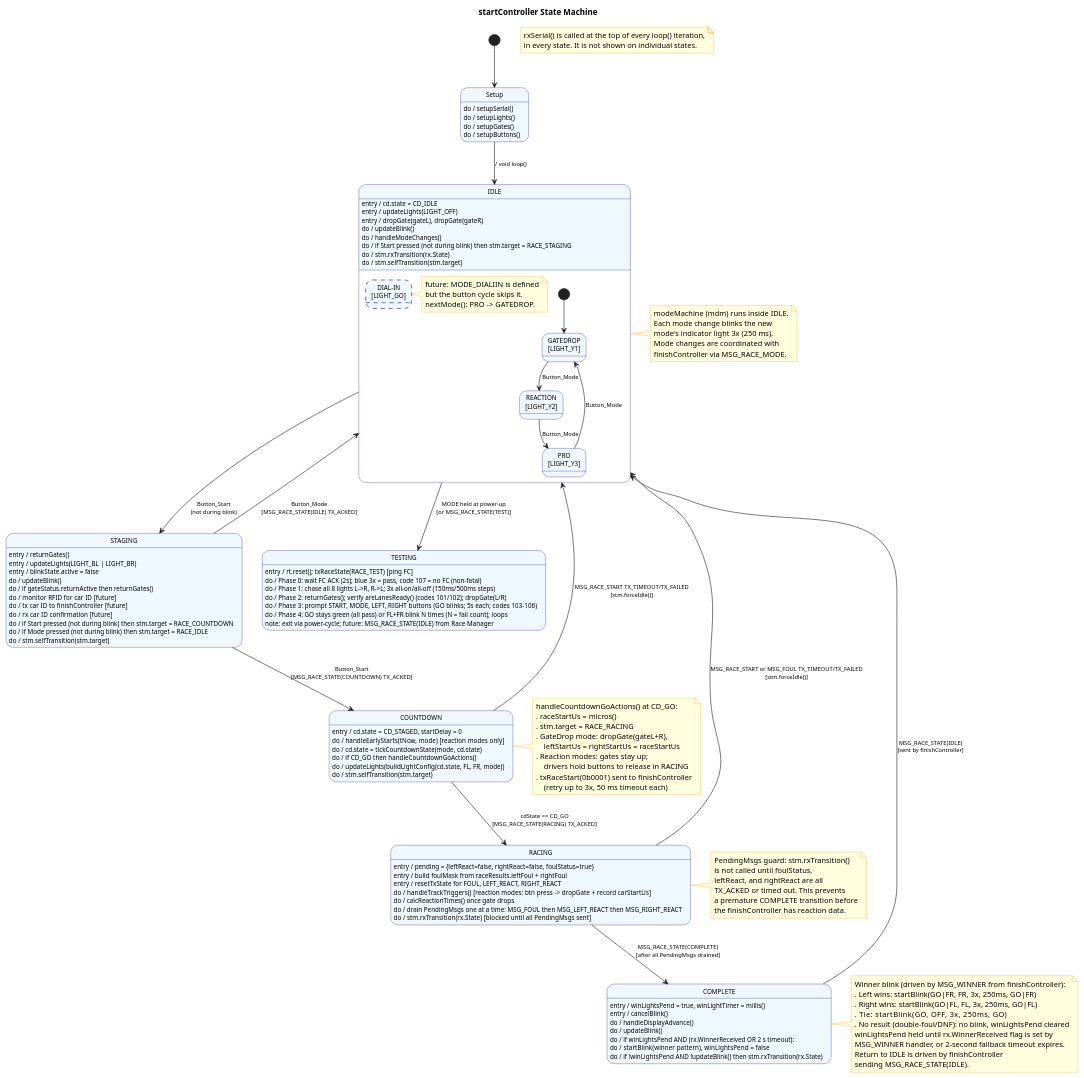
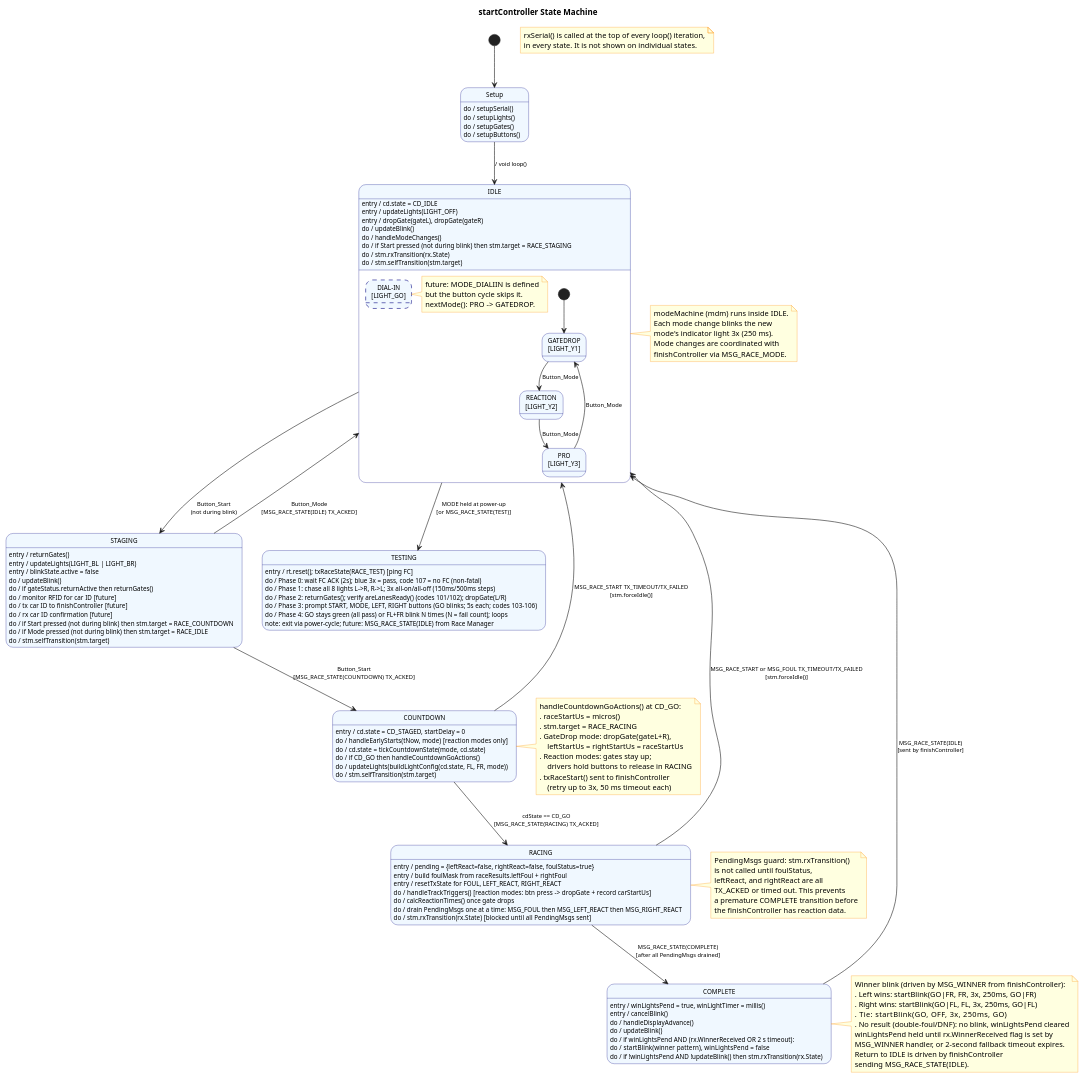
Before and after one commit to dgschaaf/DerbyTimer: the diagram in docs/PlantUML/stm_startController.puml, drawn with PlantUML. The commit also changed 8 other files, not shown here.

```diff
--- a/docs/PlantUML/stm_startController.puml
+++ b/docs/PlantUML/stm_startController.puml
@@ -1,189 +1,189 @@
 @startuml startController_STM
 skinparam state {
   BackgroundColor AliceBlue
   BorderColor Navy
   FontSize 11
   ArrowFontSize 10
 }
 skinparam noteBackgroundColor LightYellow
 skinparam noteBorderColor DarkOrange
 
 title startController State Machine
 
 note as N_RX
   rxSerial() is called at the top of every loop() iteration,
   in every state. It is not shown on individual states.
 end note
 
 [*] --> Setup
 
 ' ============================================================
 ' SETUP
 ' ============================================================
 state "Setup" as Setup {
   Setup : do / setupSerial()
   Setup : do / setupLights()
   Setup : do / setupGates()
   Setup : do / setupButtons()
 }
 
 Setup --> IDLE : / void loop()
 
 ' ============================================================
 ' IDLE  (composite: raceMode sub-states managed by modeMachine)
 ' ============================================================
 state "IDLE" as IDLE {
   IDLE : entry / cd.state = CD_IDLE
   IDLE : entry / updateLights(LIGHT_OFF)
   IDLE : entry / dropGate(gateL), dropGate(gateR)
   IDLE : do / updateBlink()
   IDLE : do / handleModeChanges()
   IDLE : do / if Start pressed (not during blink) then stm.target = RACE_STAGING
   IDLE : do / stm.rxTransition(rx.State)
   IDLE : do / stm.selfTransition(stm.target)
 
   state "GATEDROP\n[LIGHT_Y1]" as M_GD
   state "REACTION\n[LIGHT_Y2]"  as M_RE
   state "PRO\n[LIGHT_Y3]"       as M_PR
   state "DIAL-IN\n[LIGHT_GO]"   as M_DI #line.dashed
 
   note right of M_DI
     future: MODE_DIALIIN is defined
     but the button cycle skips it.
     nextMode(): PRO -> GATEDROP.
   end note
 
   [*]   --> M_GD
   M_GD --> M_RE : Button_Mode
   M_RE --> M_PR : Button_Mode
   M_PR --> M_GD : Button_Mode
 }
 
 note right of IDLE
   modeMachine (mdm) runs inside IDLE.
   Each mode change blinks the new
   mode's indicator light 3x (250 ms).
   Mode changes are coordinated with
   finishController via MSG_RACE_MODE.
 end note
 
 ' ============================================================
 ' STAGING
 ' ============================================================
 state "STAGING" as STAGING {
   STAGING : entry / returnGates()
   STAGING : entry / updateLights(LIGHT_BL | LIGHT_BR)
   STAGING : entry / blinkState.active = false
   STAGING : do / updateBlink()
   STAGING : do / if gateStatus.returnActive then returnGates()
   STAGING : do / monitor RFID for car ID  [future]
   STAGING : do / tx car ID to finishController  [future]
   STAGING : do / rx car ID confirmation  [future]
   STAGING : do / if Start pressed (not during blink) then stm.target = RACE_COUNTDOWN
   STAGING : do / if Mode pressed (not during blink) then stm.target = RACE_IDLE
   STAGING : do / stm.selfTransition(stm.target)
 }
 
 ' ============================================================
 ' COUNTDOWN
 ' ============================================================
 state "COUNTDOWN" as COUNTDOWN {
   COUNTDOWN : entry / cd.state = CD_STAGED, startDelay = 0
   COUNTDOWN : do / handleEarlyStarts(tNow, mode)  [reaction modes only]
   COUNTDOWN : do / cd.state = tickCountdownState(mode, cd.state)
   COUNTDOWN : do / if CD_GO then handleCountdownGoActions()
   COUNTDOWN : do / updateLights(buildLightConfig(cd.state, FL, FR, mode))
   COUNTDOWN : do / stm.selfTransition(stm.target)
 }
 
 note right of COUNTDOWN
   handleCountdownGoActions() at CD_GO:
   . raceStartUs = micros()
   . stm.target = RACE_RACING
   . GateDrop mode: dropGate(gateL+R),
       leftStartUs = rightStartUs = raceStartUs
   . Reaction modes: gates stay up;
       drivers hold buttons to release in RACING
-  . txRaceStart(0b0001) sent to finishController
+  . txRaceStart() sent to finishController
       (retry up to 3x, 50 ms timeout each)
 end note
 
 ' ============================================================
 ' RACING
 ' ============================================================
 state "RACING" as RACING {
   RACING : entry / pending = {leftReact=false, rightReact=false, foulStatus=true}
   RACING : entry / build foulMask from raceResults.leftFoul + rightFoul
   RACING : entry / resetTxState for FOUL, LEFT_REACT, RIGHT_REACT
   RACING : do / handleTrackTriggers()  [reaction modes: btn press -> dropGate + record carStartUs]
   RACING : do / calcReactionTimes() once gate drops
   RACING : do / drain PendingMsgs one at a time: MSG_FOUL then MSG_LEFT_REACT then MSG_RIGHT_REACT
   RACING : do / stm.rxTransition(rx.State)  [blocked until all PendingMsgs sent]
 }
 
 note right of RACING
   PendingMsgs guard: stm.rxTransition()
   is not called until foulStatus,
   leftReact, and rightReact are all
   TX_ACKED or timed out. This prevents
   a premature COMPLETE transition before
   the finishController has reaction data.
 end note
 
 ' ============================================================
 ' COMPLETE
 ' ============================================================
 state "COMPLETE" as COMPLETE {
   COMPLETE : entry / winLightsPend = true, winLightTimer = millis()
   COMPLETE : entry / cancelBlink()
   COMPLETE : do / handleDisplayAdvance()
   COMPLETE : do / updateBlink()
   COMPLETE : do / if winLightsPend AND (rx.WinnerReceived OR 2 s timeout):
   COMPLETE : do /   startBlink(winner pattern), winLightsPend = false
   COMPLETE : do / if !winLightsPend AND !updateBlink() then stm.rxTransition(rx.State)
 }
 
 note right of COMPLETE
   Winner blink (driven by MSG_WINNER from finishController):
   . Left wins:  startBlink(GO|FR, FR, 3x, 250ms, GO|FR)
   . Right wins: startBlink(GO|FL, FL, 3x, 250ms, GO|FL)
   . Tie:        startBlink(GO, OFF, 3x, 250ms, GO)
   . No result (double-foul/DNF): no blink, winLightsPend cleared
   winLightsPend held until rx.WinnerReceived flag is set by
   MSG_WINNER handler, or 2-second fallback timeout expires.
   Return to IDLE is driven by finishController
   sending MSG_RACE_STATE(IDLE).
 end note
 
 ' ============================================================
 ' TESTING  (4-phase self-test; hold MODE at power-up to enter)
 ' ============================================================
 state "TESTING" as TESTING {
   TESTING : entry / rt.reset(); txRaceState(RACE_TEST) [ping FC]
   TESTING : do / Phase 0: wait FC ACK (2s); blue 3x = pass, code 107 = no FC (non-fatal)
   TESTING : do / Phase 1: chase all 8 lights L->R, R->L; 3x all-on/all-off (150ms/500ms steps)
   TESTING : do / Phase 2: returnGates(); verify areLanesReady() (codes 101/102); dropGate(L/R)
   TESTING : do / Phase 3: prompt START, MODE, LEFT, RIGHT buttons (GO blinks; 5s each; codes 103-106)
   TESTING : do / Phase 4: GO stays green (all pass) or FL+FR blink N times (N = fail count); loops
   TESTING : note: exit via power-cycle; future: MSG_RACE_STATE(IDLE) from Race Manager
 }
 
 ' ============================================================
 ' TRANSITIONS
 ' ============================================================
 IDLE      --> STAGING   : Button_Start\n(not during blink)
 IDLE      --> TESTING   : MODE held at power-up\n[or MSG_RACE_STATE(TEST)]
 
 STAGING   --> COUNTDOWN : Button_Start\n[MSG_RACE_STATE(COUNTDOWN) TX_ACKED]
 STAGING   --> IDLE      : Button_Mode\n[MSG_RACE_STATE(IDLE) TX_ACKED]
 
 COUNTDOWN --> RACING    : cdState == CD_GO\n[MSG_RACE_STATE(RACING) TX_ACKED]
 COUNTDOWN --> IDLE      : MSG_RACE_START TX_TIMEOUT/TX_FAILED\n[stm.forceIdle()]
 
 RACING    --> COMPLETE  : MSG_RACE_STATE(COMPLETE)\n[after all PendingMsgs drained]
 RACING    --> IDLE      : MSG_RACE_START or MSG_FOUL TX_TIMEOUT/TX_FAILED\n[stm.forceIdle()]
 
 COMPLETE  --> IDLE      : MSG_RACE_STATE(IDLE)\n[sent by finishController]
 
 
 @enduml
```
